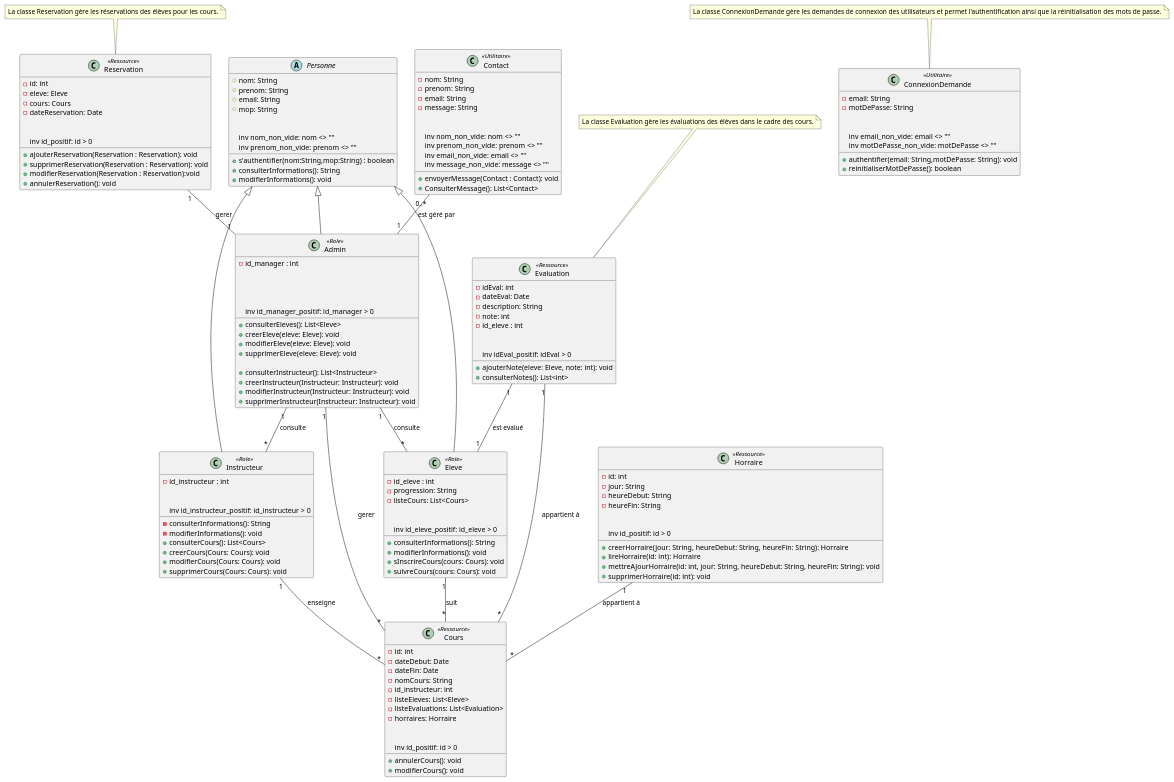
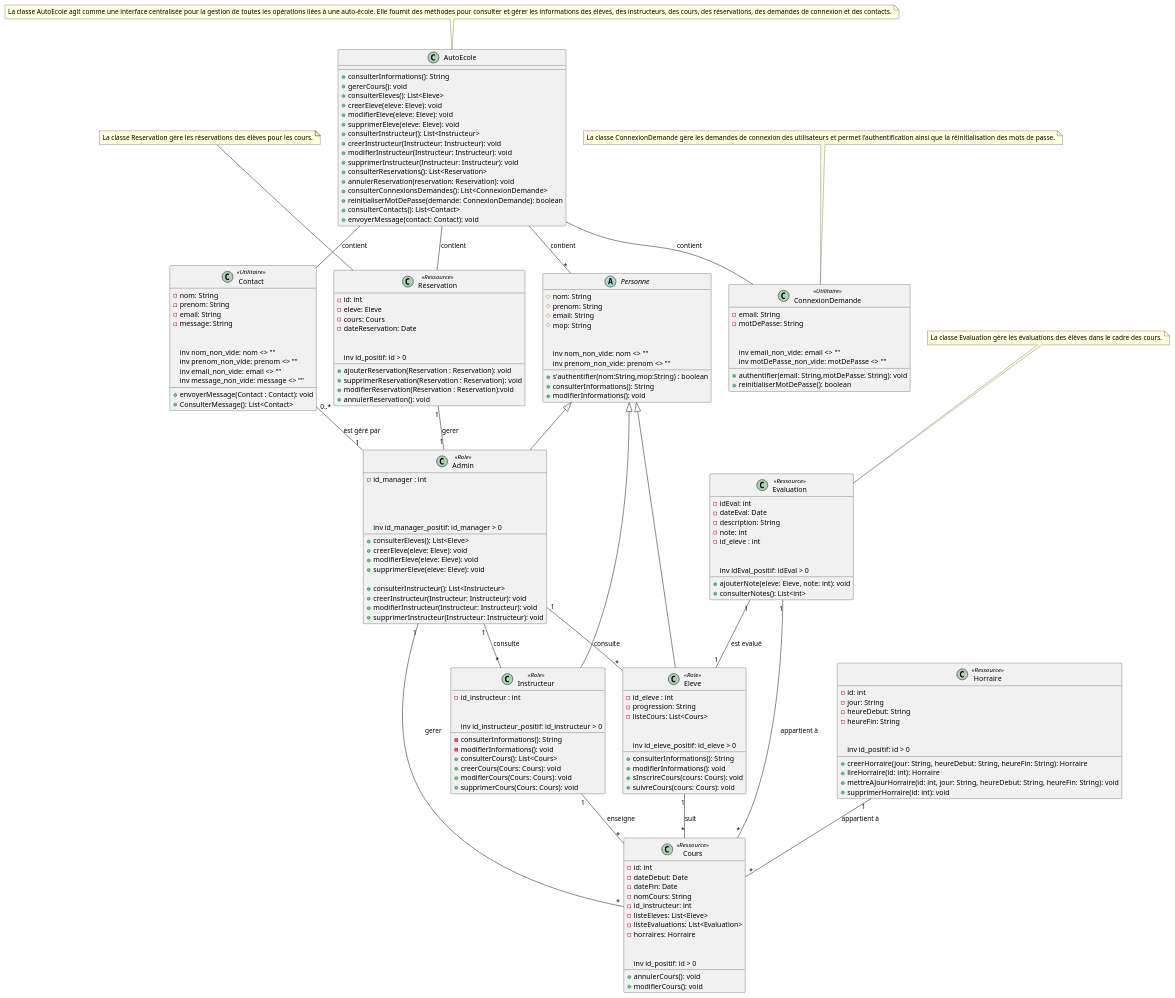
One commit to jerbi2026/Auto_ecole changed the diagram in Rendu 4/Raffinement diag de classes/diagramme_de_classe.pu. Above: the diagram before and after it, drawn with PlantUML. The commit also changed 12 other files, not shown here.

```diff
--- a/Rendu 4/Raffinement diag de classes/diagramme_de_classe.pu
+++ b/Rendu 4/Raffinement diag de classes/diagramme_de_classe.pu
@@ -1,171 +1,200 @@
 @startuml
 
 abstract class Personne {
     # nom: String
     # prenom: String
     # email: String
     # mop: String
   
     + s'authentifier(nom:String,mop:String) : boolean 
     + consulterInformations(): String
     + modifierInformations(): void
 
     inv nom_non_vide: nom <> ""
     inv prenom_non_vide: prenom <> ""
 }
 
 class Instructeur<< Role >> {
     - id_instructeur : int
 
     - consulterInformations(): String
     - modifierInformations(): void
      + consulterCours(): List<Cours>
     + creerCours(Cours: Cours): void
     + modifierCours(Cours: Cours): void
     + supprimerCours(Cours: Cours): void
 
     inv id_instructeur_positif: id_instructeur > 0
 }
 
 class Admin << Role >>{
     - id_manager : int
 
     
     + consulterEleves(): List<Eleve>
     + creerEleve(eleve: Eleve): void
     + modifierEleve(eleve: Eleve): void
     + supprimerEleve(eleve: Eleve): void
 
     + consulterInstructeur(): List<Instructeur>
     + creerInstructeur(Instructeur: Instructeur): void
     + modifierInstructeur(Instructeur: Instructeur): void
     + supprimerInstructeur(Instructeur: Instructeur): void
 
     inv id_manager_positif: id_manager > 0
 }
 
 class Eleve << Role >>{
     - id_eleve : int
     - progression: String
     - listeCours: List<Cours>
 
     + consulterInformations(): String
     + modifierInformations(): void
     + sInscrireCours(cours: Cours): void
     + suivreCours(cours: Cours): void
 
     inv id_eleve_positif: id_eleve > 0
 }
 
 class Cours << Ressource >>{
     - id: int
     - dateDebut: Date
     - dateFin: Date
     - nomCours: String
     - id_instructeur: int
     - listeEleves: List<Eleve>
     - listeEvaluations: List<Evaluation>
     - horraires: Horraire
 
     + annulerCours(): void
     + modifierCours(): void
 
      inv id_positif: id > 0
 }
 
 class Evaluation << Ressource >>{
     - idEval: int
     - dateEval: Date
     - description: String
     - note: int
     - id_eleve : int
 
     + ajouterNote(eleve: Eleve, note: int): void
     + consulterNotes(): List<int>
 
     inv idEval_positif: idEval > 0
 }
 
 
 class Reservation << Ressource >>{
     - id: int
     - eleve: Eleve
     - cours: Cours
     - dateReservation: Date
 
     + ajouterReservation(Reservation : Reservation): void
     + supprimerReservation(Reservation : Reservation): void
     + modifierReservation(Reservation : Reservation):void
     + annulerReservation(): void
 
     inv id_positif: id > 0
 }
 
 
 class ConnexionDemande << Utilitaire >>{
     - email: String
     - motDePasse: String
 
     + authentifier(email: String,motDePasse: String): void
     + reinitialiserMotDePasse(): boolean
 
     inv email_non_vide: email <> ""
     inv motDePasse_non_vide: motDePasse <> ""
 }
 
 class Horraire << Ressource >>{
     - id: int
     - jour: String
     - heureDebut: String
     - heureFin: String
 
     + creerHorraire(jour: String, heureDebut: String, heureFin: String): Horraire
     + lireHorraire(id: int): Horraire
     + mettreAJourHorraire(id: int, jour: String, heureDebut: String, heureFin: String): void
     + supprimerHorraire(id: int): void
 
     inv id_positif: id > 0
 }
 
 
 
+
+
 class Contact  << Utilitaire >>{
     - nom: String
     - prenom: String
     - email: String
     - message: String
 
     + envoyerMessage(Contact : Contact): void
     + ConsulterMessage(): List<Contact>
 
      inv nom_non_vide: nom <> ""
     inv prenom_non_vide: prenom <> ""
     inv email_non_vide: email <> ""
     inv message_non_vide: message <> ""
 
 }
 
+
+class AutoEcole {
+    + consulterInformations(): String
+    + gererCours(): void
+    + consulterEleves(): List<Eleve>
+    + creerEleve(eleve: Eleve): void
+    + modifierEleve(eleve: Eleve): void
+    + supprimerEleve(eleve: Eleve): void
+    + consulterInstructeur(): List<Instructeur>
+    + creerInstructeur(Instructeur: Instructeur): void
+    + modifierInstructeur(Instructeur: Instructeur): void
+    + supprimerInstructeur(Instructeur: Instructeur): void
+    + consulterReservations(): List<Reservation>
+    + annulerReservation(reservation: Reservation): void
+    + consulterConnexionsDemandes(): List<ConnexionDemande>
+    + reinitialiserMotDePasse(demande: ConnexionDemande): boolean
+    + consulterContacts(): List<Contact>
+    + envoyerMessage(contact: Contact): void
+}
+
+
 note "La classe ConnexionDemande gère les demandes de connexion des utilisateurs et permet l'authentification ainsi que la réinitialisation des mots de passe." as NoteConnexionDemande
 note "La classe Reservation gère les réservations des élèves pour les cours." as NoteReservation
 note "La classe Evaluation gère les évaluations des élèves dans le cadre des cours." as NoteEvaluation
+note "La classe AutoEcole agit comme une interface centralisée pour la gestion de toutes les opérations liées à une auto-école. Elle fournit des méthodes pour consulter et gérer les informations des élèves, des instructeurs, des cours, des réservations, des demandes de connexion et des contacts." as AutoEcoleNote
 
 Personne <|-- Instructeur
 Personne <|-- Eleve
 Personne <|-- Admin
 Reservation "1" -- "1" Admin : "gerer"
 Instructeur "1" -- "*" Cours : "enseigne"
 Eleve "1" -- "*" Cours : "suit"
 Admin "1" -- "*" Cours : "gerer"
 Evaluation "1" -- "1" Eleve : "est evalué"
 Evaluation "1" -- "*" Cours : "appartient à"
 Admin "1" -- "*" Instructeur : "consulte"
 Admin "1" -- "*" Eleve : "consulte"
 Horraire "1" -- "*" Cours : "appartient à"
 Contact "0..*" -- "1" Admin : "est géré par"
 
 NoteConnexionDemande -- ConnexionDemande
 NoteReservation -- Reservation
 NoteEvaluation -- Evaluation
+AutoEcoleNote -- AutoEcole
 
+AutoEcole -- "*" Personne : "contient"
+AutoEcole -- Reservation : "contient"
+AutoEcole -- ConnexionDemande : "contient"
+AutoEcole -- Contact : "contient"
 
 @enduml
```
